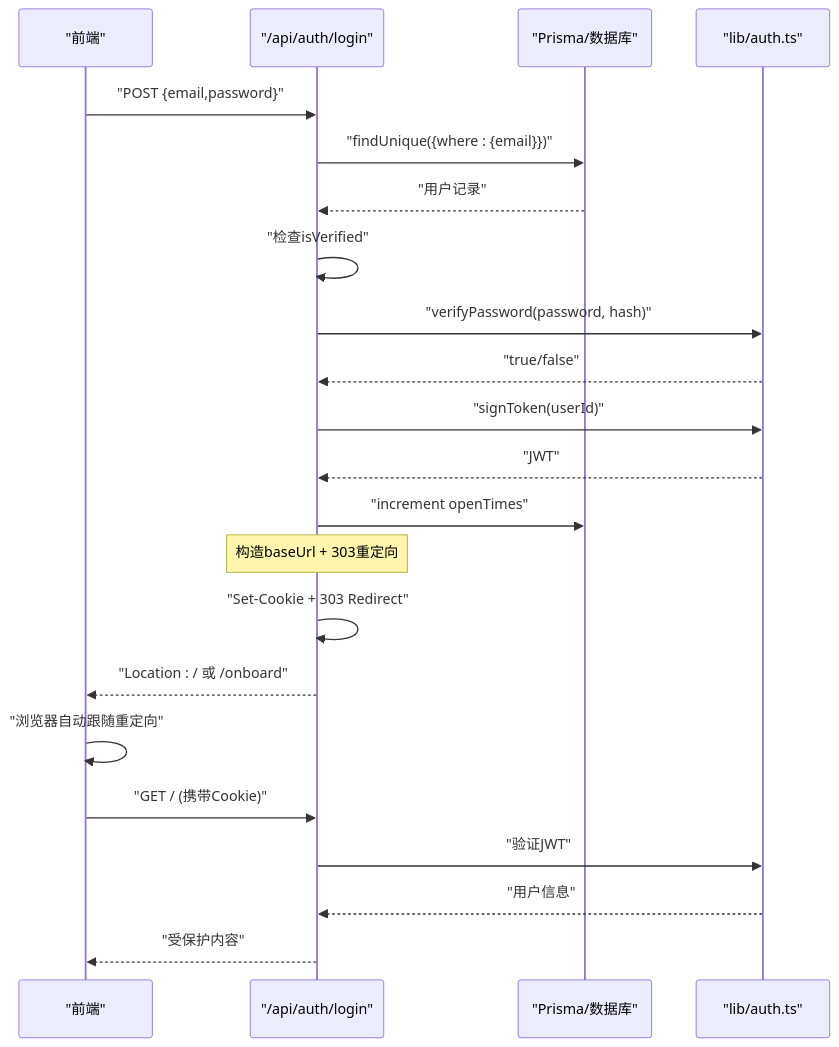
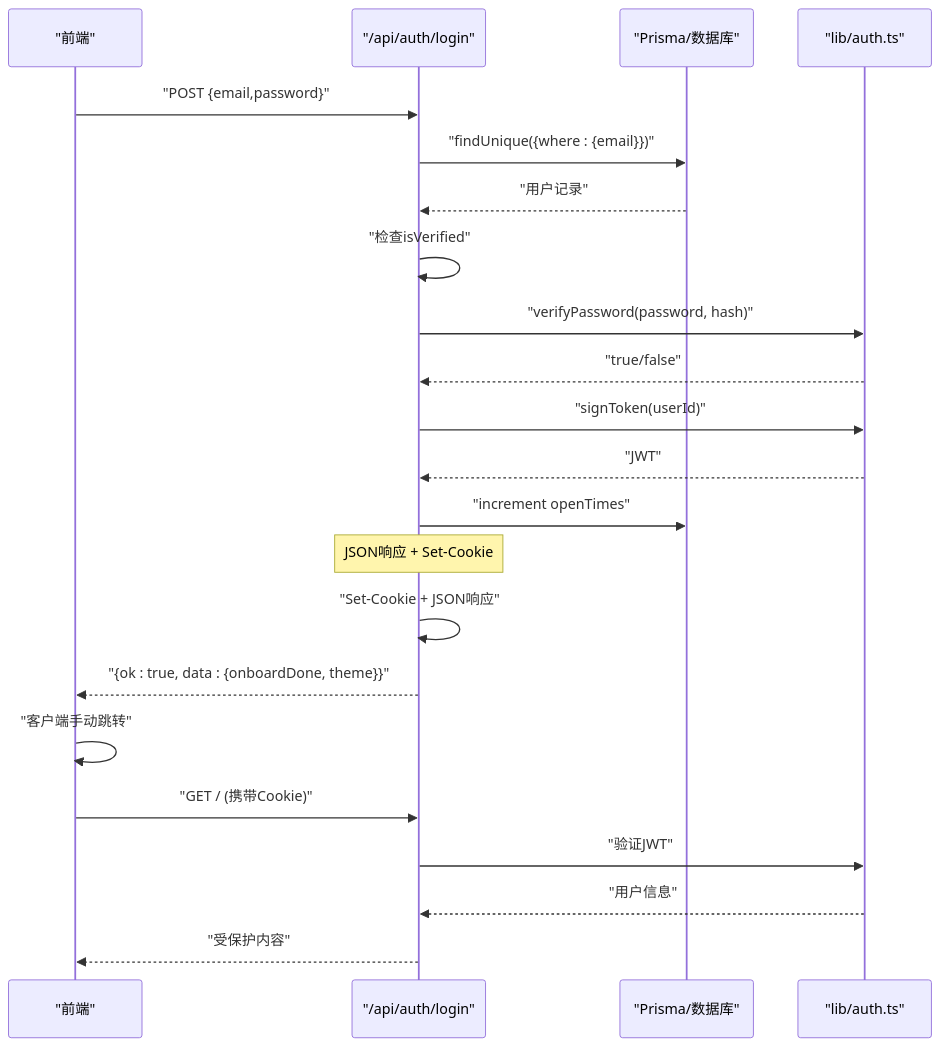
One commit to kangkang919/xinya changed the fourth of 10 diagrams in .qoder/repowiki/zh/content/用户认证系统/密码认证.md. Above: the diagram before and after it, drawn with Mermaid. The commit also changed other lines of this file and 35 other files, not shown here.

````diff
--- a/.qoder/repowiki/zh/content/用户认证系统/密码认证.md
+++ b/.qoder/repowiki/zh/content/用户认证系统/密码认证.md
@@ -257,24 +258,24 @@
 ```mermaid
 sequenceDiagram
 participant FE as "前端"
 participant API as "/api/auth/login"
 participant DB as "Prisma/数据库"
 participant AUTH as "lib/auth.ts"
 FE->>API : "POST {email,password}"
 API->>DB : "findUnique({where : {email}})"
 DB-->>API : "用户记录"
 API->>API : "检查isVerified"
 API->>AUTH : "verifyPassword(password, hash)"
 AUTH-->>API : "true/false"
 API->>AUTH : "signToken(userId)"
 AUTH-->>API : "JWT"
 API->>DB : "increment openTimes"
-Note over API : 构造baseUrl + 303重定向
-API->>API : "Set-Cookie + 303 Redirect"
-API-->>FE : "Location : / 或 /onboard"
-FE->>FE : "浏览器自动跟随重定向"
+Note over API : JSON响应 + Set-Cookie
+API->>API : "Set-Cookie + JSON响应"
+API-->>FE : "{ok : true, data : {onboardDone, theme}}"
+FE->>FE : "客户端手动跳转"
 FE->>API : "GET / (携带Cookie)"
 API->>AUTH : "验证JWT"
 AUTH-->>API : "用户信息"
 API-->>FE : "受保护内容"
 ```
````
